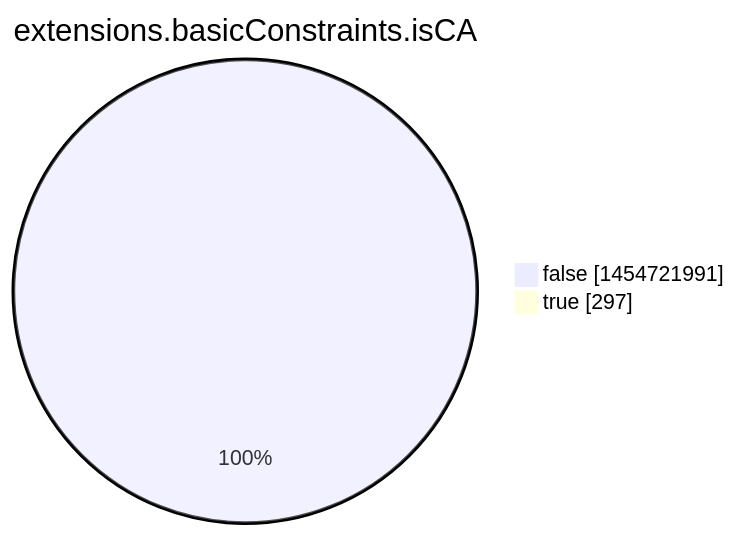
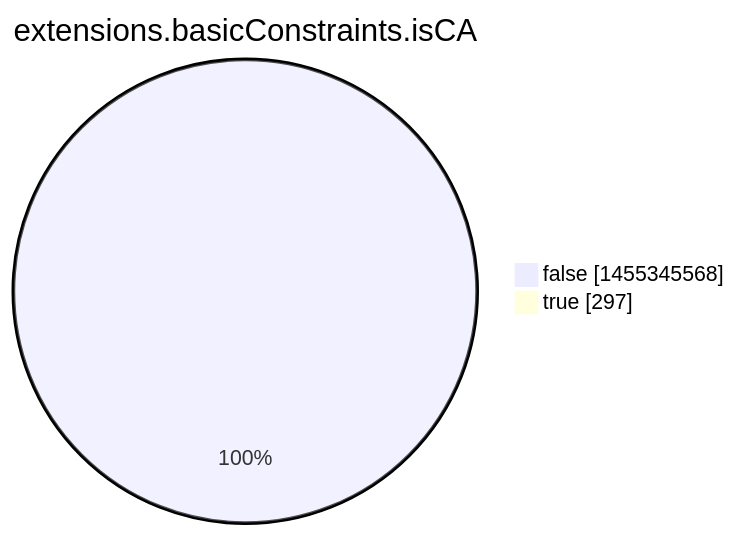
One commit to christiankrug/ctmonitor_visualization changed the eighth of 15 diagrams in argon2022/README.md. Above: the diagram before and after it, drawn with Mermaid. The commit also changed other lines of this file, not shown here.

````diff
--- a/argon2022/README.md
+++ b/argon2022/README.md
@@ -2760,6 +2760,6 @@
 ```mermaid
 pie showData
 title extensions.basicConstraints.isCA
-"false" :1454721991
+"false" :1455345568
 "true" :297
 ```
````
